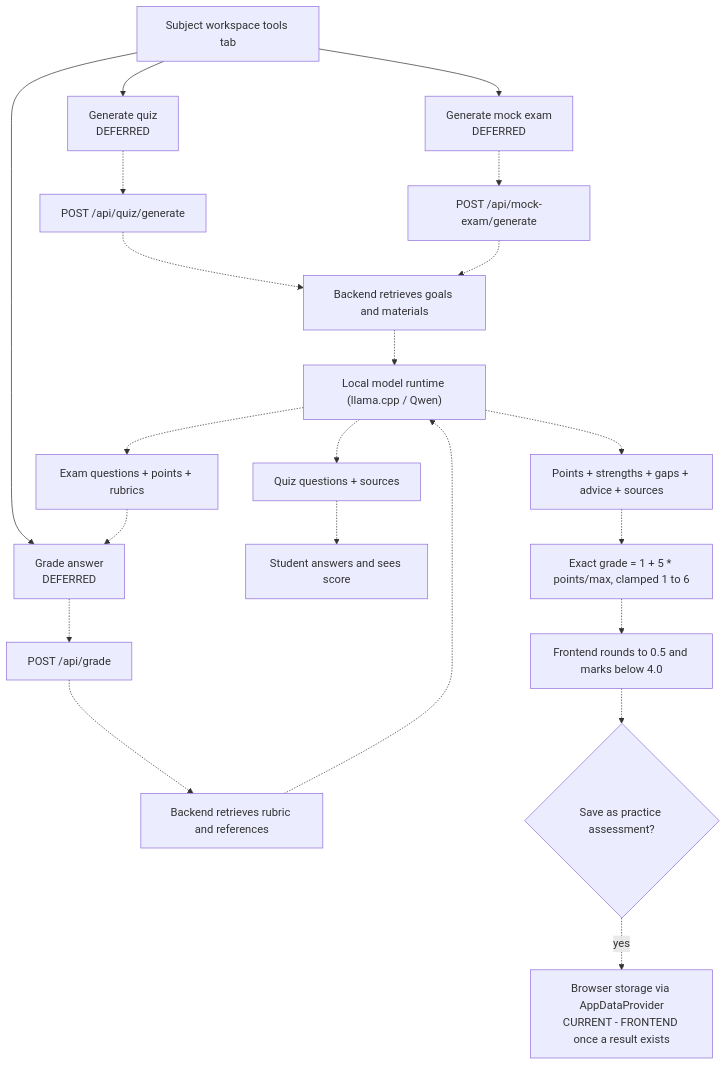
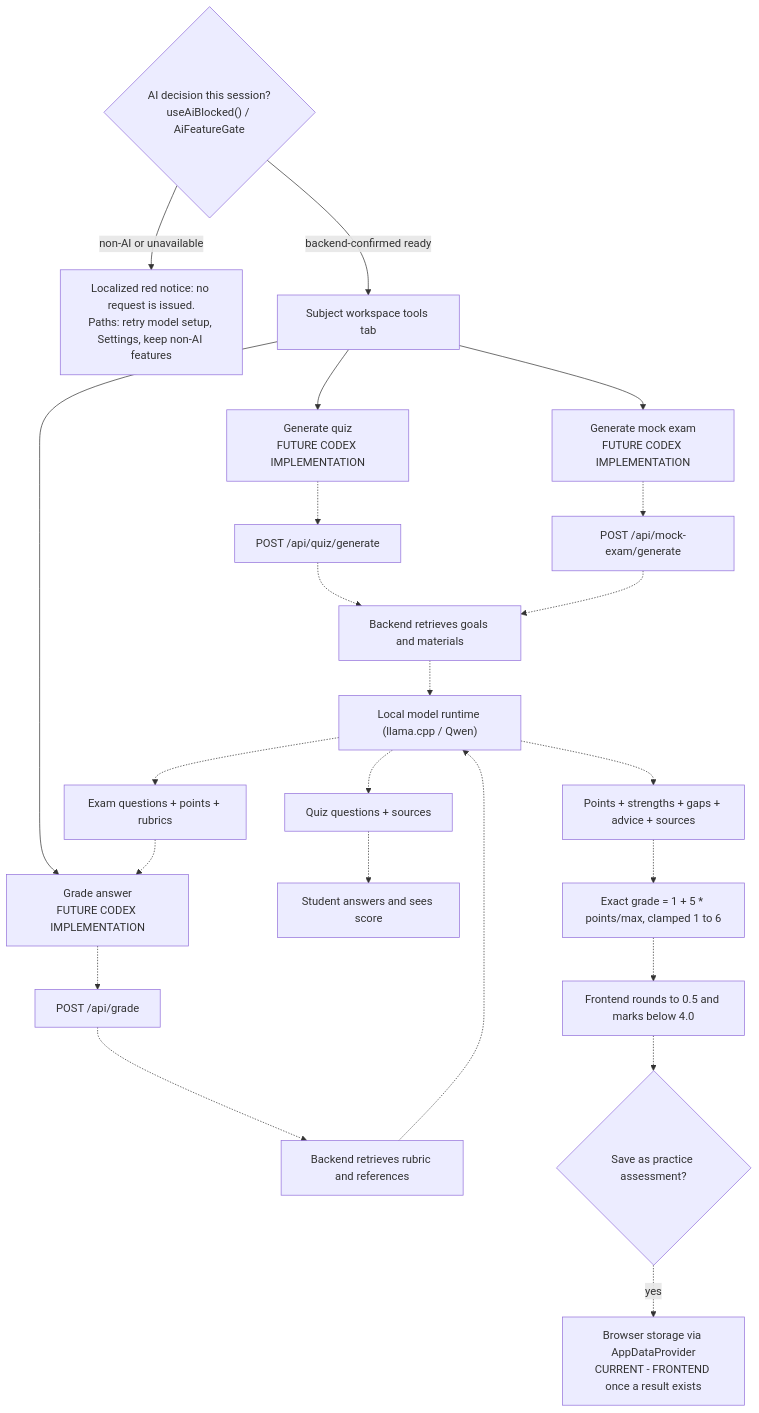
Before and after one commit to keyshavmor/study-swiss-star: the diagram in lovabledocs/wireframes/12-ai-study-tools.mmd, drawn with Mermaid. The commit also changed 231 other files, not shown here.

```diff
--- a/lovabledocs/wireframes/12-ai-study-tools.mmd
+++ b/lovabledocs/wireframes/12-ai-study-tools.mmd
@@ -1,22 +1,28 @@
 %% Planned quiz / mock exam / grading tools. Not implemented in the current backend.
 flowchart TD
-  Subject["Subject workspace tools tab"] --> Quiz["Generate quiz<br/>DEFERRED"]
-  Subject --> Exam["Generate mock exam<br/>DEFERRED"]
-  Subject --> Grade["Grade answer<br/>DEFERRED"]
+  AiGate{"AI decision this session?<br/>useAiBlocked() / AiFeatureGate"} -->|"non-AI or unavailable"| Blocked["Localized red notice: no request is issued.<br/>Paths: retry model setup, Settings, keep non-AI features"]
+  AiGate -->|"backend-confirmed ready"| Subject
+  Subject["Subject workspace tools tab"] --> Quiz["Generate quiz<br/>FUTURE CODEX IMPLEMENTATION"]
+  Subject --> Exam["Generate mock exam<br/>FUTURE CODEX IMPLEMENTATION"]
+  Subject --> Grade["Grade answer<br/>FUTURE CODEX IMPLEMENTATION"]
   Quiz -.-> QAPI["POST /api/quiz/generate"]
   Exam -.-> EAPI["POST /api/mock-exam/generate"]
   Grade -.-> GAPI["POST /api/grade"]
   QAPI -.-> Retrieve["Backend retrieves goals and materials"]
   EAPI -.-> Retrieve
   GAPI -.-> Rubric["Backend retrieves rubric and references"]
   Retrieve -.-> Model["Local model runtime (llama.cpp / Qwen)"]
   Rubric -.-> Model
   Model -.-> QuizUI["Quiz questions + sources"]
   Model -.-> ExamUI["Exam questions + points + rubrics"]
   Model -.-> Result["Points + strengths + gaps + advice + sources"]
   QuizUI -.-> Answers["Student answers and sees score"]
   ExamUI -.-> Grade
   Result -.-> Formula["Exact grade = 1 + 5 * points/max, clamped 1 to 6"]
   Formula -.-> Display["Frontend rounds to 0.5 and marks below 4.0"]
   Display -.-> Confirm{"Save as practice assessment?"}
   Confirm -. yes .-> Local["Browser storage via AppDataProvider<br/>CURRENT - FRONTEND once a result exists"]
+%% CURRENT (2026-09-17): every AI action is centrally guarded. Without a
+%% backend-confirmed ready model no quiz/exam/grading request is sent; a backend loss
+%% during a run becomes a bounded generation_failed/grading_failed state, never a hang.
+%% Non-AI study areas stay fully usable.
```
